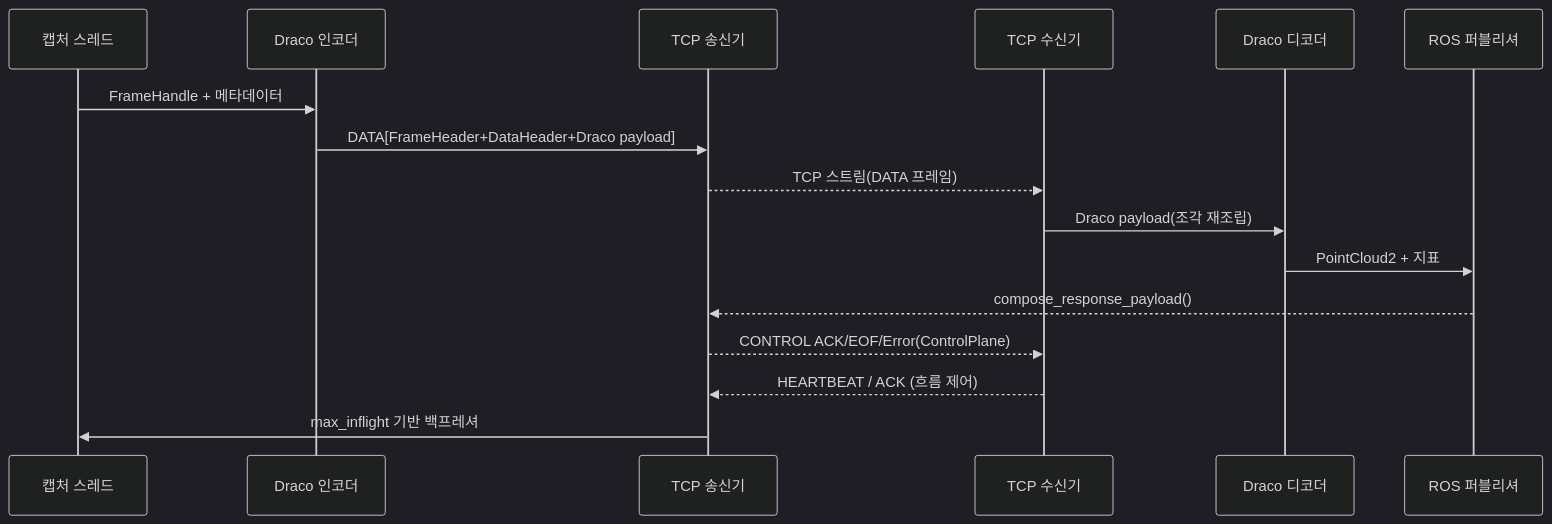
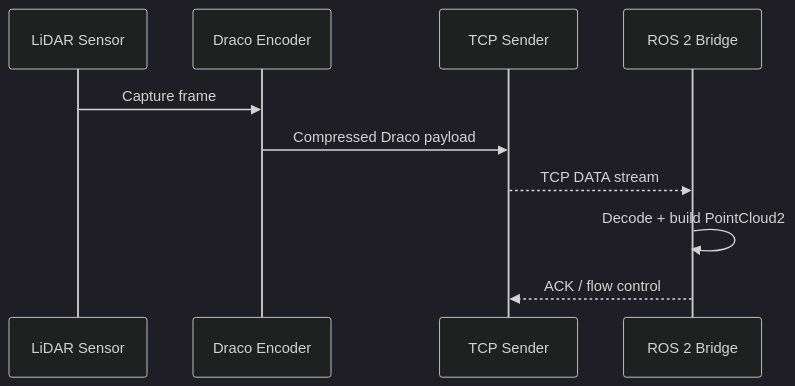
The diagram in docs/mermaid/e2e_roundtrip_sequence.mmd (StudentDONGHYUN/draco_tcpip), drawn with Mermaid (dark theme) before and after one commit. The commit also changed 22 other files, not shown here.

```diff
--- a/docs/mermaid/e2e_roundtrip_sequence.mmd
+++ b/docs/mermaid/e2e_roundtrip_sequence.mmd
@@ -1,16 +1,10 @@
 sequenceDiagram
-  participant Capture as 캡처 스레드
-  participant Encode as Draco 인코더
-  participant Tx as TCP 송신기
-  participant Rx as TCP 수신기
-  participant Decode as Draco 디코더
-  participant Publish as ROS 퍼블리셔
-  Capture->>Encode: FrameHandle + 메타데이터
-  Encode->>Tx: DATA[FrameHeader+DataHeader+Draco payload]
-  Tx-->>Rx: TCP 스트림(DATA 프레임)
-  Rx->>Decode: Draco payload(조각 재조립)
-  Decode->>Publish: PointCloud2 + 지표
-  Publish-->>Tx: compose_response_payload()
-  Tx-->>Rx: CONTROL ACK/EOF/Error(ControlPlane)
-  Rx-->>Tx: HEARTBEAT / ACK (흐름 제어)
-  Tx->>Capture: max_inflight 기반 백프레셔
+  participant Sensor as LiDAR Sensor
+  participant Encoder as Draco Encoder
+  participant Sender as TCP Sender
+  participant Bridge as ROS 2 Bridge
+  Sensor->>Encoder: Capture frame
+  Encoder->>Sender: Compressed Draco payload
+  Sender-->>Bridge: TCP DATA stream
+  Bridge->>Bridge: Decode + build PointCloud2
+  Bridge-->>Sender: ACK / flow control
```
